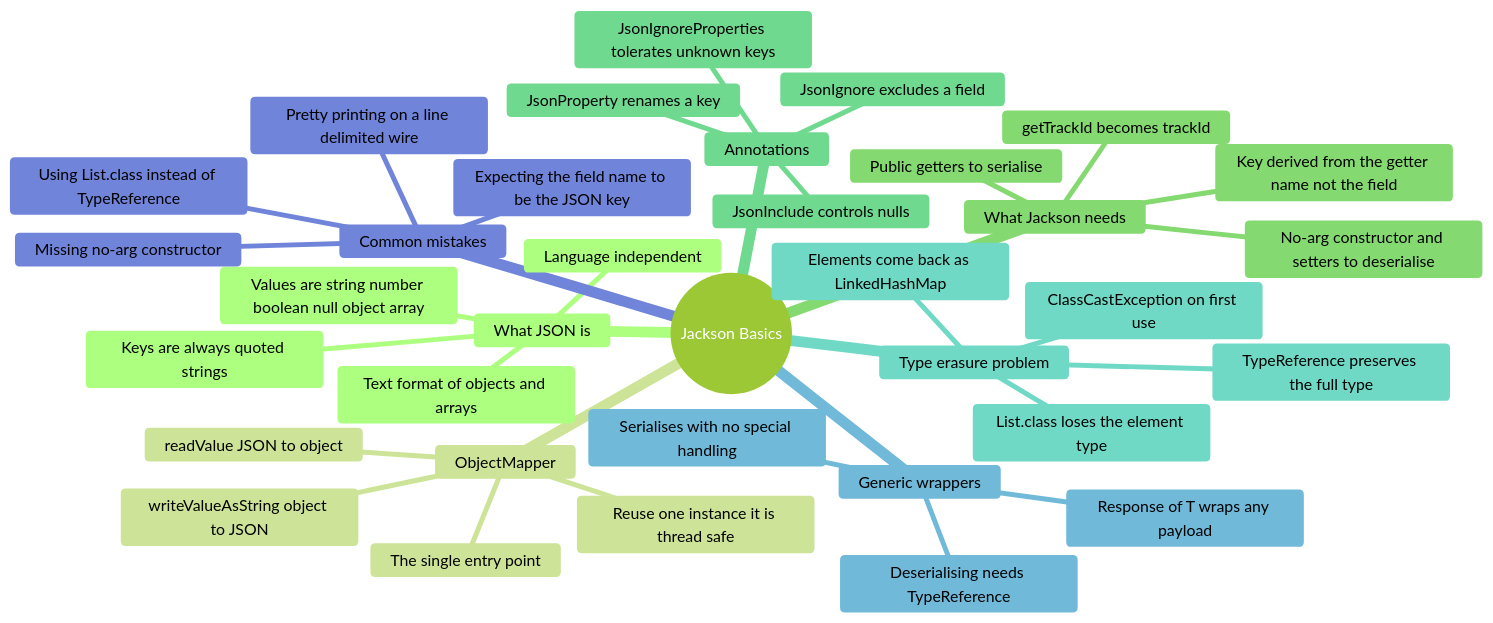
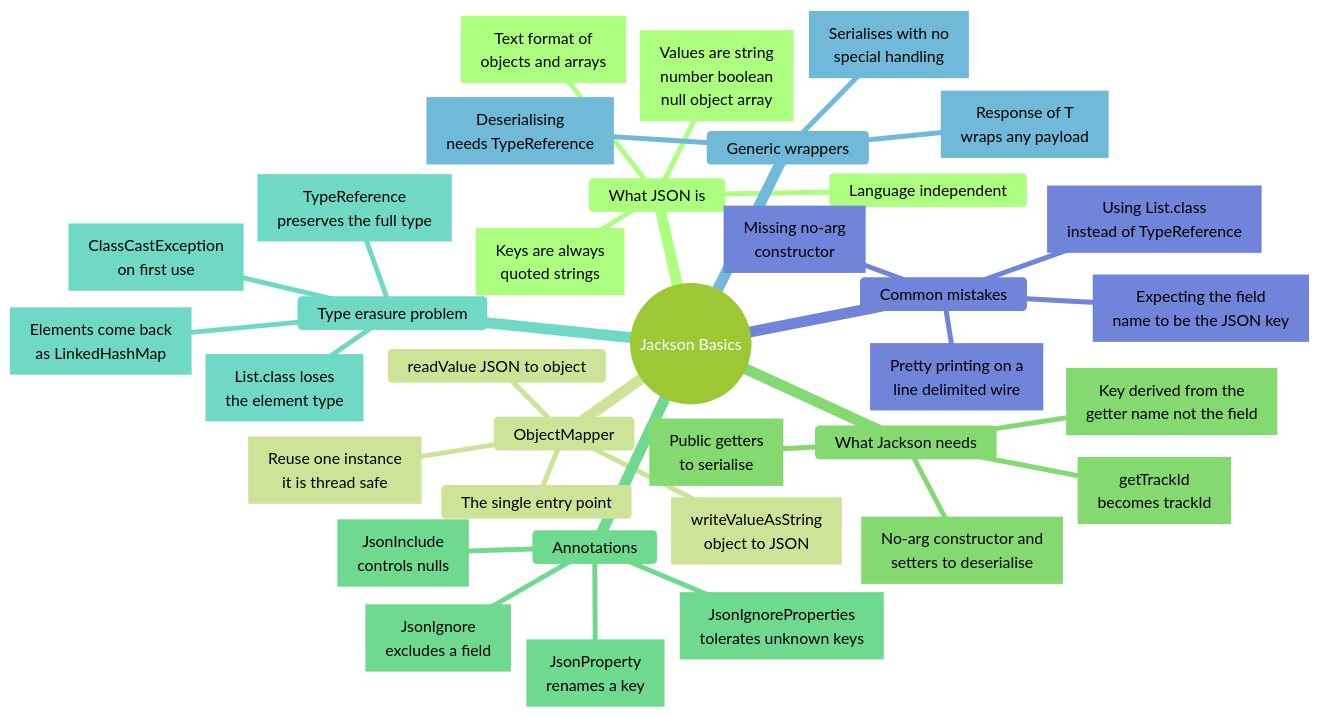
Before and after one commit to nmcguinness/L8-OOP-Module-Content: diagram 11 of 13 in notes/shared/mind maps/revision_t10_t22.md, drawn with Mermaid. The commit also changed other lines of this file and 421 other files, not shown here.

Commit message:
Updated mermaid diagrams and note layout for topics 9-24.

````diff
--- a/notes/shared/mind maps/revision_t10_t22.md
+++ b/notes/shared/mind maps/revision_t10_t22.md
@@ -1478,49 +1807,74 @@
 ```mermaid
 ---
 title: "Jackson Basics"
 accDescr: "Mind map of Jackson Basics. Branches: What JSON is; ObjectMapper; What Jackson needs; Annotations; Type erasure problem; Generic wrappers; Common mistakes."
 ---
-%%{init: { "theme": "forest" }}%%
+%%{init: { "theme": "forest", "markdownAutoWrap": false, "mindmap": { "maxNodeWidth": 300 } }}%%
 mindmap
   root((Jackson Basics))
     What JSON is
-      Text format of objects and arrays
-      Keys are always quoted strings
-      Values are string number boolean null object array
+      n1["`Text format of
+      objects and arrays`"]
+      n2["`Keys are always
+      quoted strings`"]
+      n3["`Values are string
+      number boolean
+      null object array`"]
       Language independent
 
     ObjectMapper
       The single entry point
-      writeValueAsString object to JSON
+      n4["`writeValueAsString
+      object to JSON`"]
       readValue JSON to object
-      Reuse one instance it is thread safe
+      n5["`Reuse one instance
+      it is thread safe`"]
 
     What Jackson needs
-      Public getters to serialise
-      No-arg constructor and setters to deserialise
-      Key derived from the getter name not the field
-      getTrackId becomes trackId
+      n6["`Public getters
+      to serialise`"]
+      n7["`No-arg constructor and
+      setters to deserialise`"]
+      n8["`Key derived from the
+      getter name not the field`"]
+      n9["`getTrackId
+      becomes trackId`"]
 
     Annotations
-      JsonProperty renames a key
-      JsonIgnore excludes a field
-      JsonInclude controls nulls
-      JsonIgnoreProperties tolerates unknown keys
+      n10["`JsonProperty
+      renames a key`"]
+      n11["`JsonIgnore
+      excludes a field`"]
+      n12["`JsonInclude
+      controls nulls`"]
+      n13["`JsonIgnoreProperties
+      tolerates unknown keys`"]
 
     Type erasure problem
-      List.class loses the element type
-      Elements come back as LinkedHashMap
-      ClassCastException on first use
-      TypeReference preserves the full type
+      n14["`List.class loses
+      the element type`"]
+      n15["`Elements come back
+      as LinkedHashMap`"]
+      n16["`ClassCastException
+      on first use`"]
+      n17["`TypeReference
+      preserves the full type`"]
 
     Generic wrappers
-      Response of T wraps any payload
-      Serialises with no special handling
-      Deserialising needs TypeReference
+      n18["`Response of T
+      wraps any payload`"]
+      n19["`Serialises with no
+      special handling`"]
+      n20["`Deserialising
+      needs TypeReference`"]
 
     Common mistakes
-      Missing no-arg constructor
-      Expecting the field name to be the JSON key
-      Using List.class instead of TypeReference
-      Pretty printing on a line delimited wire
+      n21["`Missing no-arg
+      constructor`"]
+      n22["`Expecting the field
+      name to be the JSON key`"]
+      n23["`Using List.class
+      instead of TypeReference`"]
+      n24["`Pretty printing on a
+      line delimited wire`"]
 ```
````
